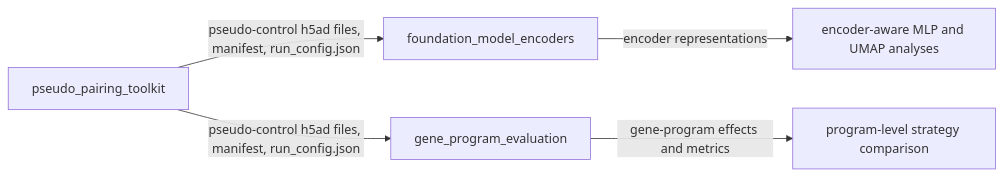
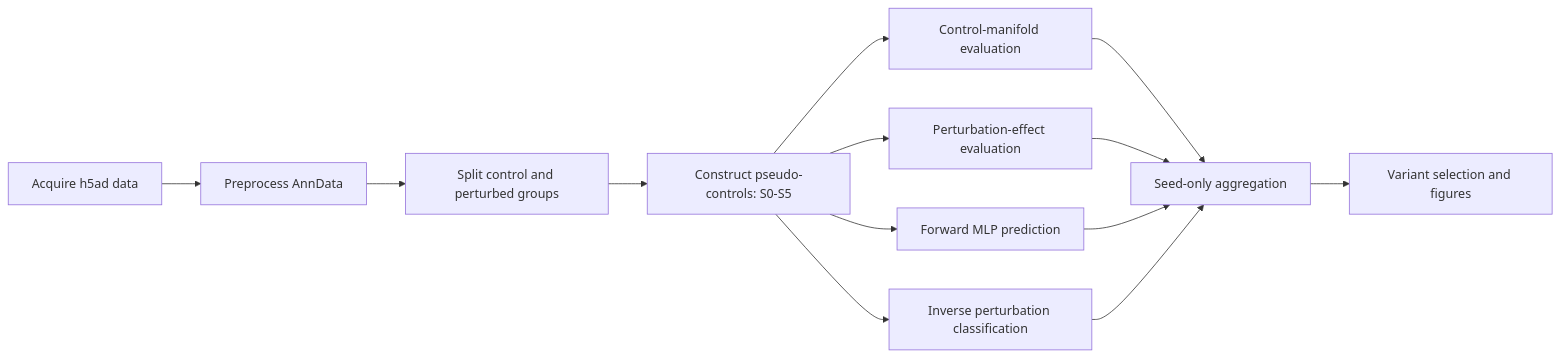
Before and after one commit to CHENJ-VV/Pseudo-pairing-for-Perurb-Seq: the diagram in README.md, drawn with Mermaid. The commit also changed other lines of this file, not shown here.

First line of the commit message:
Revise README for pseudo-pairing workflow

````diff
--- a/README.md
+++ b/README.md
@@ -18,7 +13,15 @@
 ```mermaid
 flowchart LR
-    A[pseudo_pairing_toolkit] -->|pseudo-control h5ad files, manifest, run_config.json| B[foundation_model_encoders]
-    A -->|pseudo-control h5ad files, manifest, run_config.json| C[gene_program_evaluation]
-    B -->|encoder representations| D[encoder-aware MLP and UMAP analyses]
-    C -->|gene-program effects and metrics| E[program-level strategy comparison]
+    A[Acquire h5ad data] --> B[Preprocess AnnData]
+    B --> C[Split control and perturbed groups]
+    C --> D[Construct pseudo-controls: S0-S5]
+    D --> E1[Control-manifold evaluation]
+    D --> E2[Perturbation-effect evaluation]
+    D --> E3[Forward MLP prediction]
+    D --> E4[Inverse perturbation classification]
+    E1 --> F[Seed-only aggregation]
+    E2 --> F
+    E3 --> F
+    E4 --> F
+    F --> G[Variant selection and figures]
 ```
````
